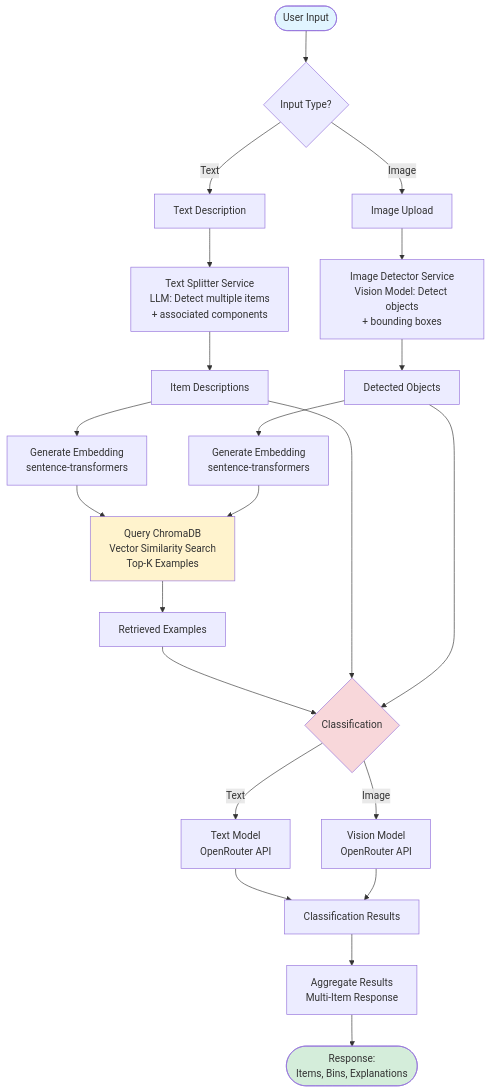
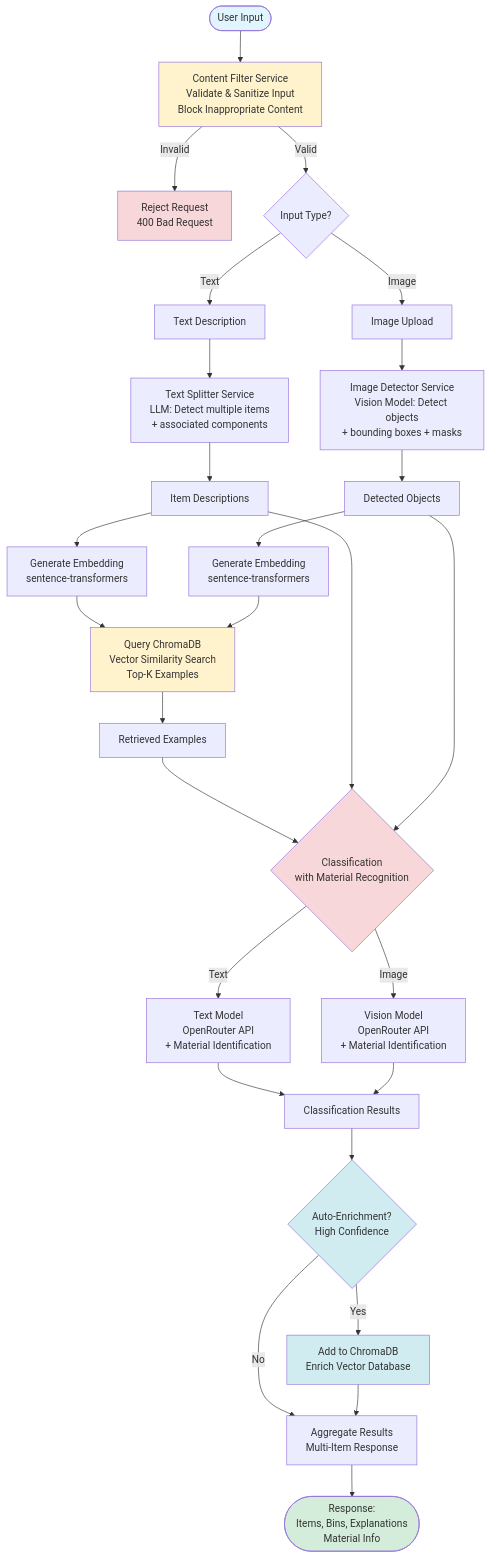
The first of 2 diagrams in README.md (nolanimage/hk-waste-classification-system), drawn with Mermaid before and after one commit. The commit also changed other lines of this file, not shown here.

Commit message:
Update README flowcharts with content filtering and auto-enrichment

````diff
--- a/README.md
+++ b/README.md
@@ -182,39 +199,50 @@
 ```mermaid
 flowchart TD
-    Start([User Input]) --> InputType{Input Type?}
+    Start([User Input]) --> ContentFilter[Content Filter Service<br/>Validate & Sanitize Input<br/>Block Inappropriate Content]
+    
+    ContentFilter -->|Invalid| Reject[Reject Request<br/>400 Bad Request]
+    ContentFilter -->|Valid| InputType{Input Type?}
     
     InputType -->|Text| TextInput[Text Description]
     InputType -->|Image| ImageInput[Image Upload]
     
     TextInput --> TextSplitter[Text Splitter Service<br/>LLM: Detect multiple items<br/>+ associated components]
     TextSplitter --> TextItems[Item Descriptions]
     
-    ImageInput --> ImageDetector[Image Detector Service<br/>Vision Model: Detect objects<br/>+ bounding boxes]
+    ImageInput --> ImageDetector[Image Detector Service<br/>Vision Model: Detect objects<br/>+ bounding boxes + masks]
     ImageDetector --> ImageItems[Detected Objects]
     
     TextItems --> EmbedGen1[Generate Embedding<br/>sentence-transformers]
     ImageItems --> EmbedGen2[Generate Embedding<br/>sentence-transformers]
     
     EmbedGen1 --> RAGQuery[Query ChromaDB<br/>Vector Similarity Search<br/>Top-K Examples]
     EmbedGen2 --> RAGQuery
     
     RAGQuery --> RAGResults[Retrieved Examples]
     
-    RAGResults --> LLMClassify{Classification}
+    RAGResults --> LLMClassify{Classification<br/>with Material Recognition}
     TextItems --> LLMClassify
     ImageItems --> LLMClassify
     
-    LLMClassify -->|Text| TextLLM[Text Model<br/>OpenRouter API]
-    LLMClassify -->|Image| VisionLLM[Vision Model<br/>OpenRouter API]
+    LLMClassify -->|Text| TextLLM[Text Model<br/>OpenRouter API<br/>+ Material Identification]
+    LLMClassify -->|Image| VisionLLM[Vision Model<br/>OpenRouter API<br/>+ Material Identification]
     
     TextLLM --> Results[Classification Results]
     VisionLLM --> Results
     
-    Results --> Aggregate[Aggregate Results<br/>Multi-Item Response]
-    Aggregate --> Output([Response:<br/>Items, Bins, Explanations])
+    Results --> AutoEnrich{Auto-Enrichment?<br/>High Confidence}
+    AutoEnrich -->|Yes| AddToDB[Add to ChromaDB<br/>Enrich Vector Database]
+    AutoEnrich -->|No| Aggregate
+    AddToDB --> Aggregate
+    
+    Aggregate[Aggregate Results<br/>Multi-Item Response] --> Output([Response:<br/>Items, Bins, Explanations<br/>Material Info])
     
     style Start fill:#e1f5ff
+    style ContentFilter fill:#fff3cd
+    style Reject fill:#f8d7da
+    style AutoEnrich fill:#d1ecf1
+    style AddToDB fill:#d1ecf1
     style Output fill:#d4edda
     style RAGQuery fill:#fff3cd
     style LLMClassify fill:#f8d7da
 ```
````
